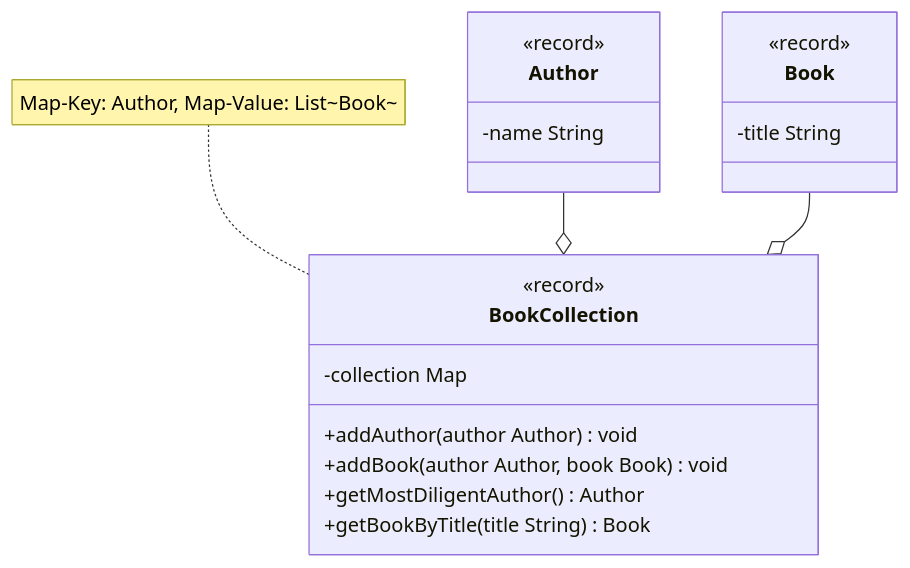
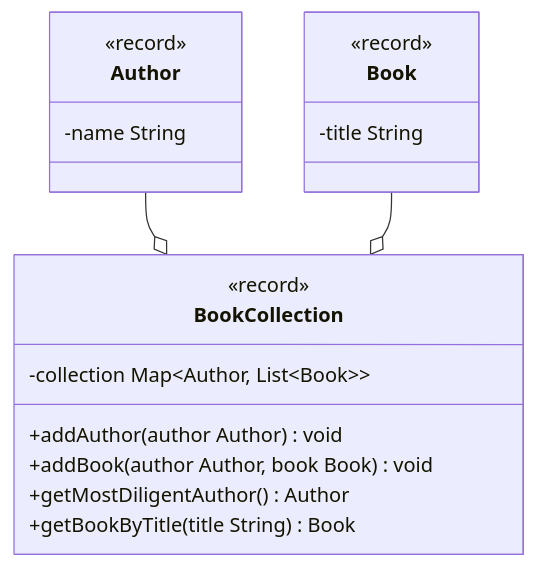
Before and after one commit to jappuccini/java-docs: the diagram in docs/exercises/maps/maps02.md, drawn with Mermaid.

````diff
--- a/docs/exercises/maps/maps02.md
+++ b/docs/exercises/maps/maps02.md
@@ -12,26 +12,24 @@
 ```mermaid
 classDiagram
     Author --o BookCollection
     Book --o BookCollection
-
-    note for BookCollection "Map-Key: Author, Map-Value: List~Book~"
 
     class Author {
         <<record>>
         -name String
     }
 
     class Book {
         <<record>>
         -title String
     }
 
     class BookCollection {
         <<record>>
-        -collection Map
+        -collection Map~Author&#44&#160List~Book~~
         +addAuthor(author Author) void
         +addBook(author Author, book Book) void
         +getMostDiligentAuthor() Author
         +getBookByTitle(title String) Book
     }
 ```
````
